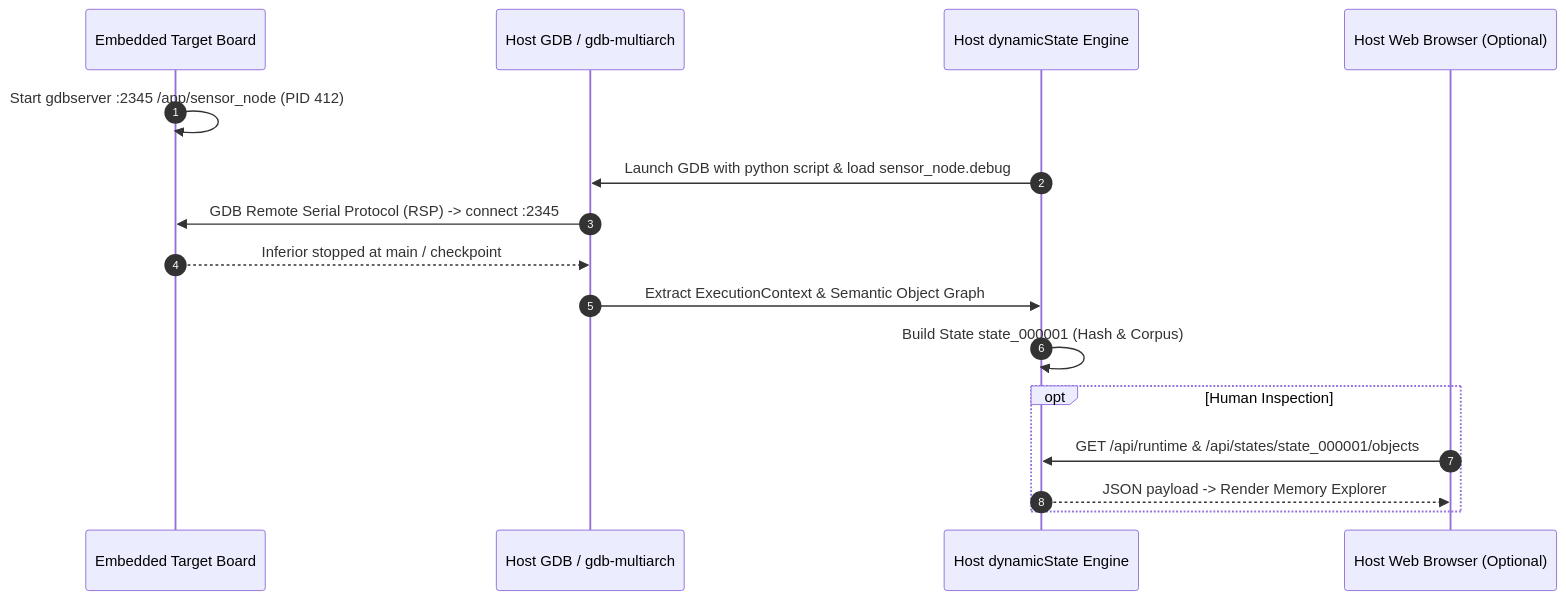
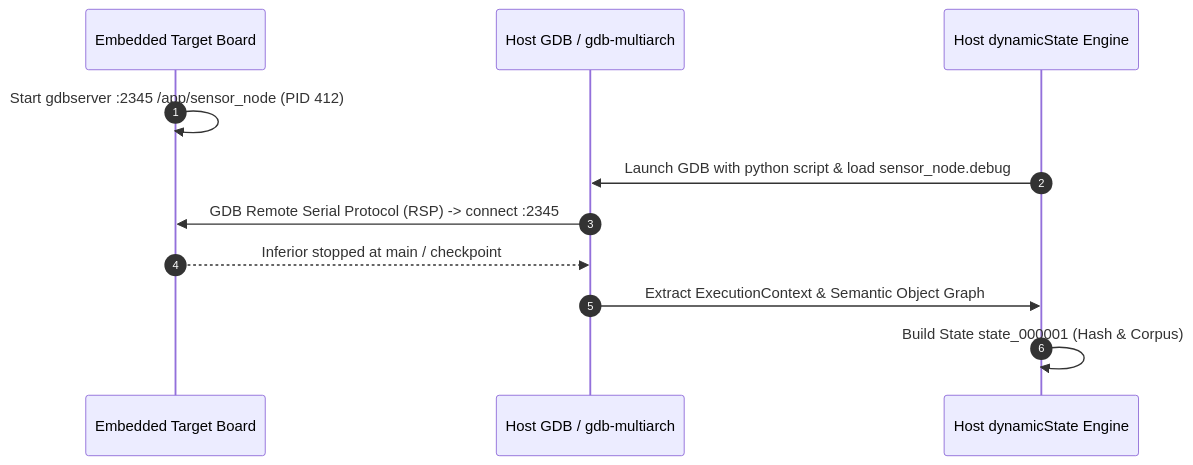
One commit to zeeny2park/dynamicState changed the first of 2 diagrams in docs/EMBEDDED_DEPLOYMENT_ARCHITECTURE.md. Above: the diagram before and after it, drawn with Mermaid. The commit also changed other lines of this file and 11 other files, not shown here.

Commit message:
docs: drop the legacy web UI from README, API contract, guides and scripts

````diff
--- a/docs/EMBEDDED_DEPLOYMENT_ARCHITECTURE.md
+++ b/docs/EMBEDDED_DEPLOYMENT_ARCHITECTURE.md
@@ -65,19 +65,14 @@
 ```mermaid
 sequenceDiagram
     autonumber
     participant Target as Embedded Target Board
     participant HostGDB as Host GDB / gdb-multiarch
     participant DynState as Host dynamicState Engine
-    participant Browser as Host Web Browser (Optional)
 
     Target->>Target: Start gdbserver :2345 /app/sensor_node (PID 412)
     DynState->>HostGDB: Launch GDB with python script & load sensor_node.debug
     HostGDB->>Target: GDB Remote Serial Protocol (RSP) -> connect :2345
     Target-->>HostGDB: Inferior stopped at main / checkpoint
     HostGDB->>DynState: Extract ExecutionContext & Semantic Object Graph
     DynState->>DynState: Build State state_000001 (Hash & Corpus)
-    opt Human Inspection
-        Browser->>DynState: GET /api/runtime & /api/states/state_000001/objects
-        DynState-->>Browser: JSON payload -> Render Memory Explorer
-    end
 ```
````
